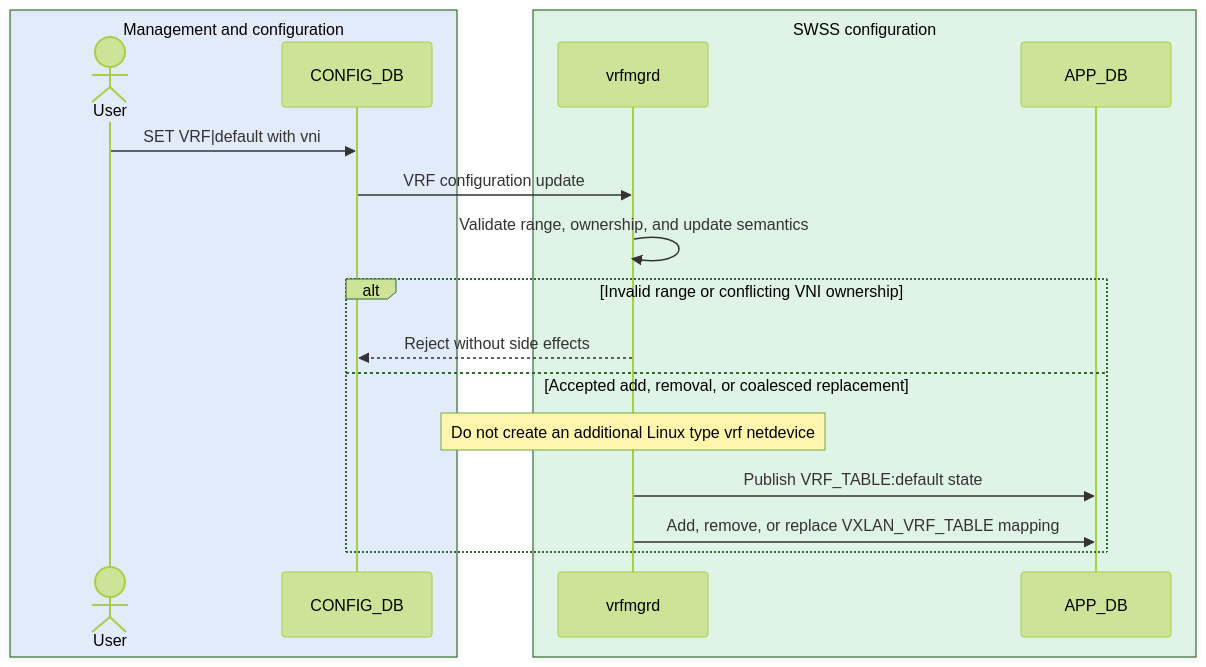
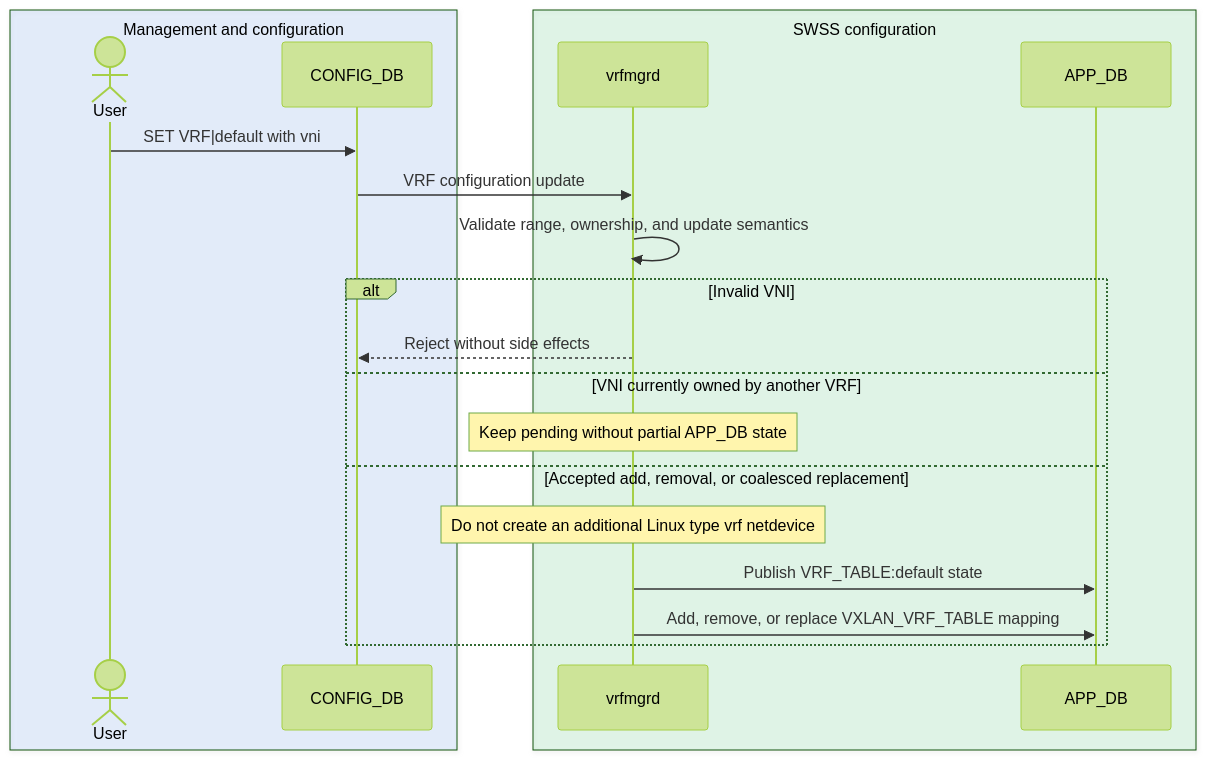
One commit to sonic-net/SONiC changed the first of 4 diagrams in doc/vxlan/l3vni_default_vrf_hld.md. Above: the diagram before and after it, drawn with Mermaid (forest theme). The commit also changed other lines of this file, not shown here.

Commit message:
doc: distinguish duplicate rejection from pending transfer

````diff
--- a/doc/vxlan/l3vni_default_vrf_hld.md
+++ b/doc/vxlan/l3vni_default_vrf_hld.md
@@ -103,22 +103,24 @@
 ```mermaid
 sequenceDiagram
     box rgba(59,130,246,0.12) Management and configuration
         actor User
         participant CDB as CONFIG_DB
     end
     box rgba(34,197,94,0.12) SWSS configuration
         participant VM as vrfmgrd
         participant ADB as APP_DB
     end
 
     User->>CDB: SET VRF|default with vni
     CDB->>VM: VRF configuration update
     VM->>VM: Validate range, ownership, and update semantics
-    alt Invalid range or conflicting VNI ownership
+    alt Invalid VNI
         VM-->>CDB: Reject without side effects
+    else VNI currently owned by another VRF
+        Note over VM: Keep pending without partial APP_DB state
     else Accepted add, removal, or coalesced replacement
         Note over VM: Do not create an additional Linux type vrf netdevice
         VM->>ADB: Publish VRF_TABLE:default state
         VM->>ADB: Add, remove, or replace VXLAN_VRF_TABLE mapping
     end
 ```
````
